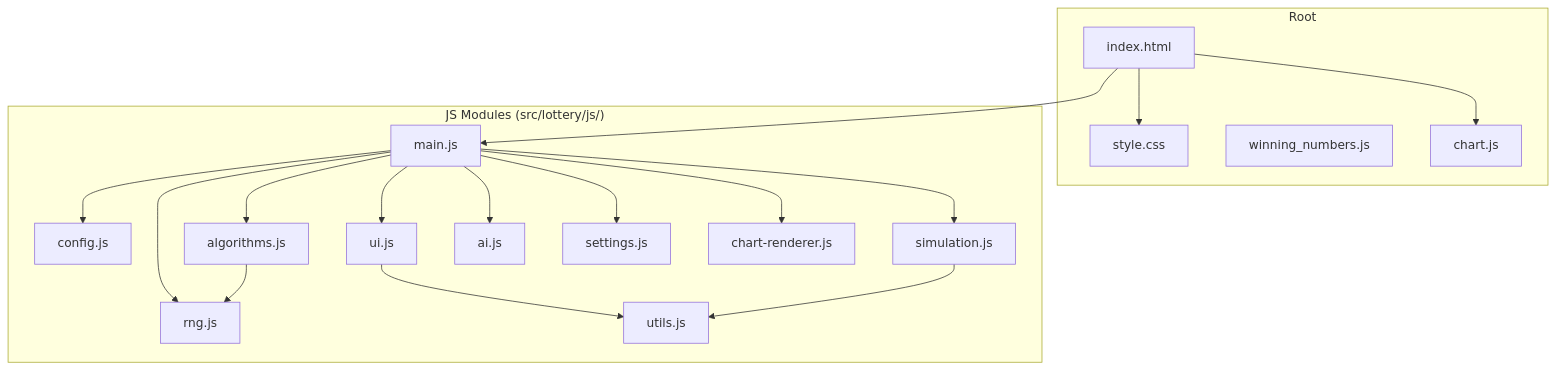
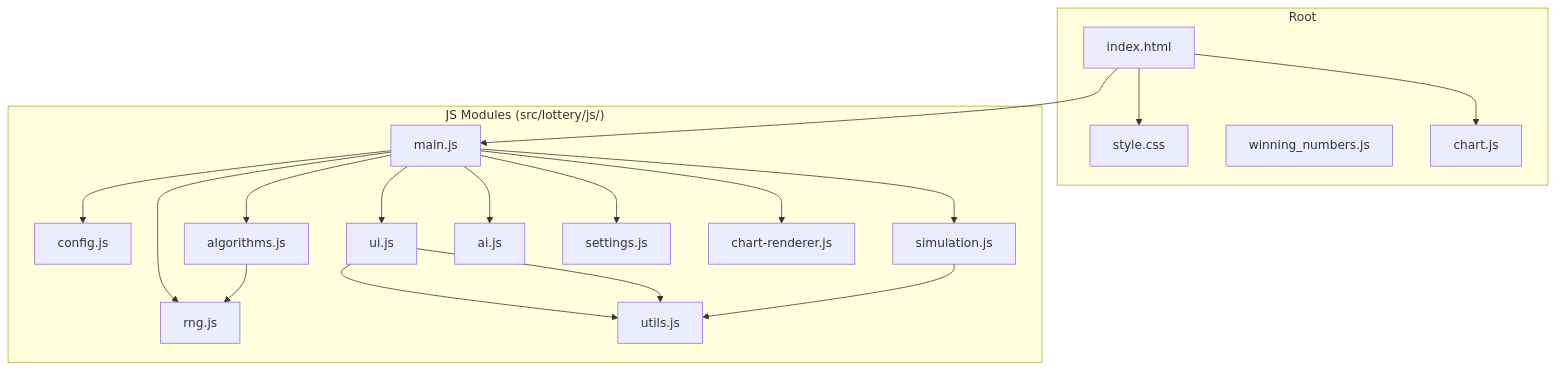
Before and after one commit to changjurhee/GAG: the second of 5 diagrams in src/lottery/ARCHITECTURE.md, drawn with Mermaid. The commit also changed other lines of this file, not shown here.

Commit message:
docs: Add module and component description tables to architecture documentation

````diff
--- a/src/lottery/ARCHITECTURE.md
+++ b/src/lottery/ARCHITECTURE.md
@@ -95,37 +95,38 @@
 ```mermaid
 graph TD
     subgraph "Root"
         Index[index.html]
         Style[style.css]
         Data[winning_numbers.js]
         Vendor[chart.js]
     end
 
     subgraph "JS Modules (src/lottery/js/)"
         Main[main.js]
         Config[config.js]
         UI[ui.js]
         Algo[algorithms.js]
         RNG[rng.js]
         Sim[simulation.js]
         AI[ai.js]
         Settings[settings.js]
         ChartRenderer[chart-renderer.js]
         Utils[utils.js]
     end
 
     Index --> Main
     Index --> Style
     Index --> Vendor
     Main --> Config
     Main --> UI
     Main --> Algo
     Main --> RNG
     Main --> Settings
     Main --> Sim
     Main --> AI
     Main --> ChartRenderer
     Algo --> RNG
     UI --> Utils
+    UI --> Utils
     Sim --> Utils
 ```
````
